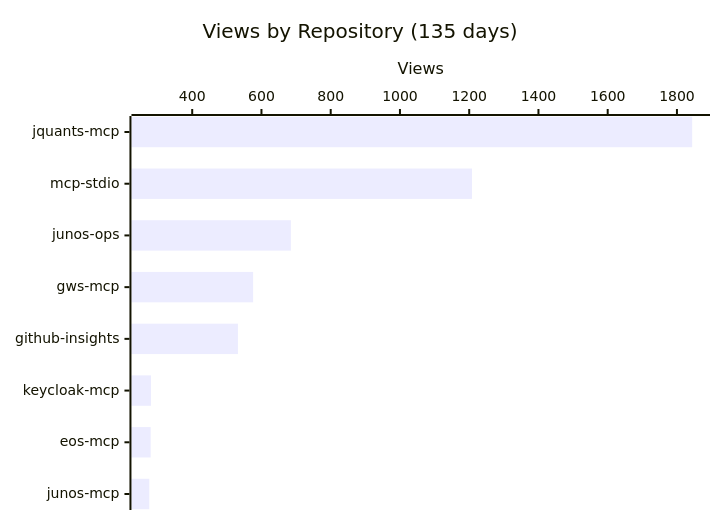
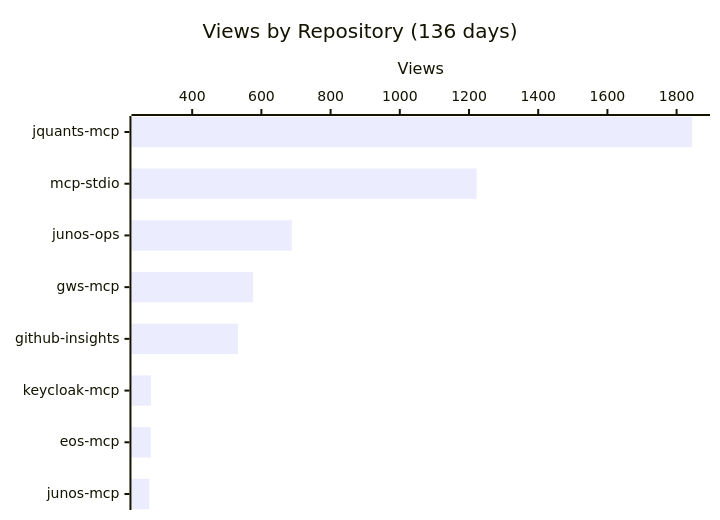
One commit to shigechika/github-insights changed the first of 4 diagrams in README.md. Above: the diagram before and after it, drawn with Mermaid. The commit also changed other lines of this file and 2 other files, not shown here.

````diff
--- a/README.md
+++ b/README.md
@@ -18,7 +18,7 @@
 ```mermaid
 xychart-beta horizontal
-    title "Views by Repository (135 days)"
+    title "Views by Repository (136 days)"
     x-axis ["jquants-mcp", "mcp-stdio", "junos-ops", "gws-mcp", "github-insights", "keycloak-mcp", "eos-mcp", "junos-mcp"]
     y-axis "Views"
-    bar [1844, 1208, 685, 576, 532, 281, 280, 276]
+    bar [1845, 1222, 688, 576, 532, 281, 280, 276]
 ```
````
